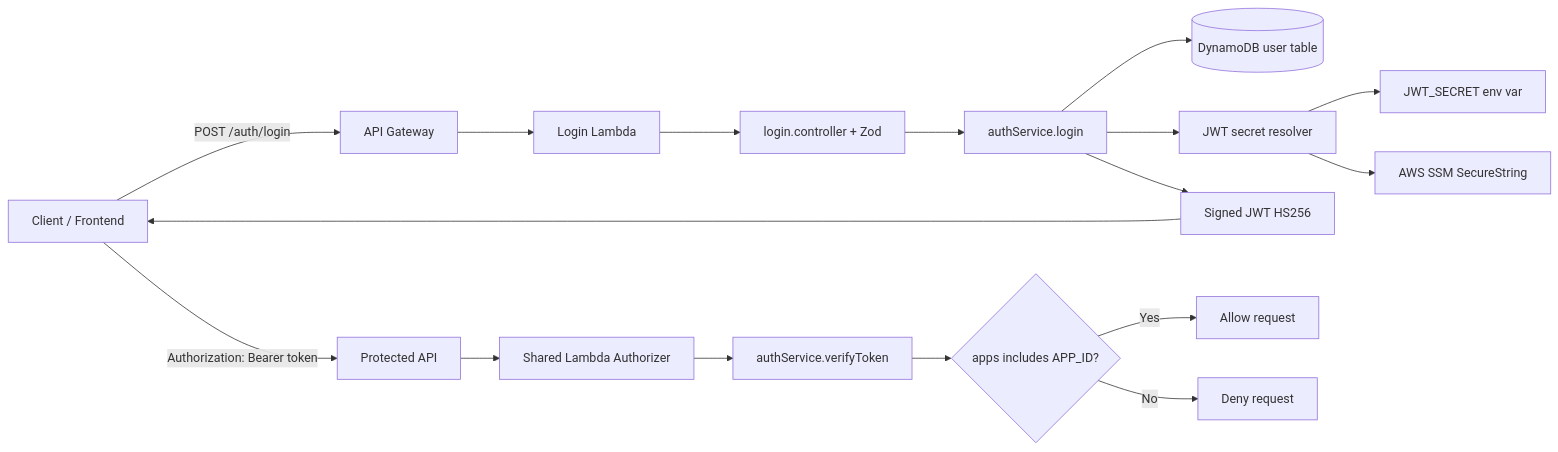
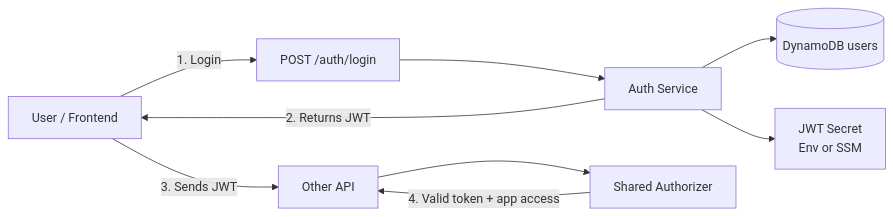
The diagram in README.md (jralvarino/arj-auth-service), drawn with Mermaid before and after one commit. The commit also changed other lines of this file, not shown here.

Commit message:
updated Readme file

````diff
--- a/README.md
+++ b/README.md
@@ -24,20 +24,12 @@
 ```mermaid
 flowchart LR
-    C[Client / Frontend] -->|POST /auth/login| APIGW[API Gateway]
-    APIGW --> L[Login Lambda]
-    L --> CTRL[login.controller + Zod]
-    CTRL --> SVC[authService.login]
-    SVC --> DDB[(DynamoDB user table)]
-    SVC --> SEC[JWT secret resolver]
-    SEC --> ENV[JWT_SECRET env var]
-    SEC --> SSM[AWS SSM SecureString]
-    SVC --> JWT[Signed JWT HS256]
-    JWT --> C
+    U[User / Frontend] -->|1. Login| LOGIN[POST /auth/login]
+    LOGIN --> AUTH[Auth Service]
+    AUTH --> DB[(DynamoDB users)]
+    AUTH --> SECRET[JWT Secret<br/>Env or SSM]
+    AUTH -->|2. Returns JWT| U
 
-    C -->|Authorization: Bearer token| PAPI[Protected API]
-    PAPI --> AUTHZ[Shared Lambda Authorizer]
-    AUTHZ --> VT[authService.verifyToken]
-    VT --> DEC{apps includes APP_ID?}
-    DEC -->|Yes| ALLOW[Allow request]
-    DEC -->|No| DENY[Deny request]
+    U -->|3. Sends JWT| API[Other API]
+    API --> AUTHZ[Shared Authorizer]
+    AUTHZ -->|4. Valid token + app access| API
 ```
````
